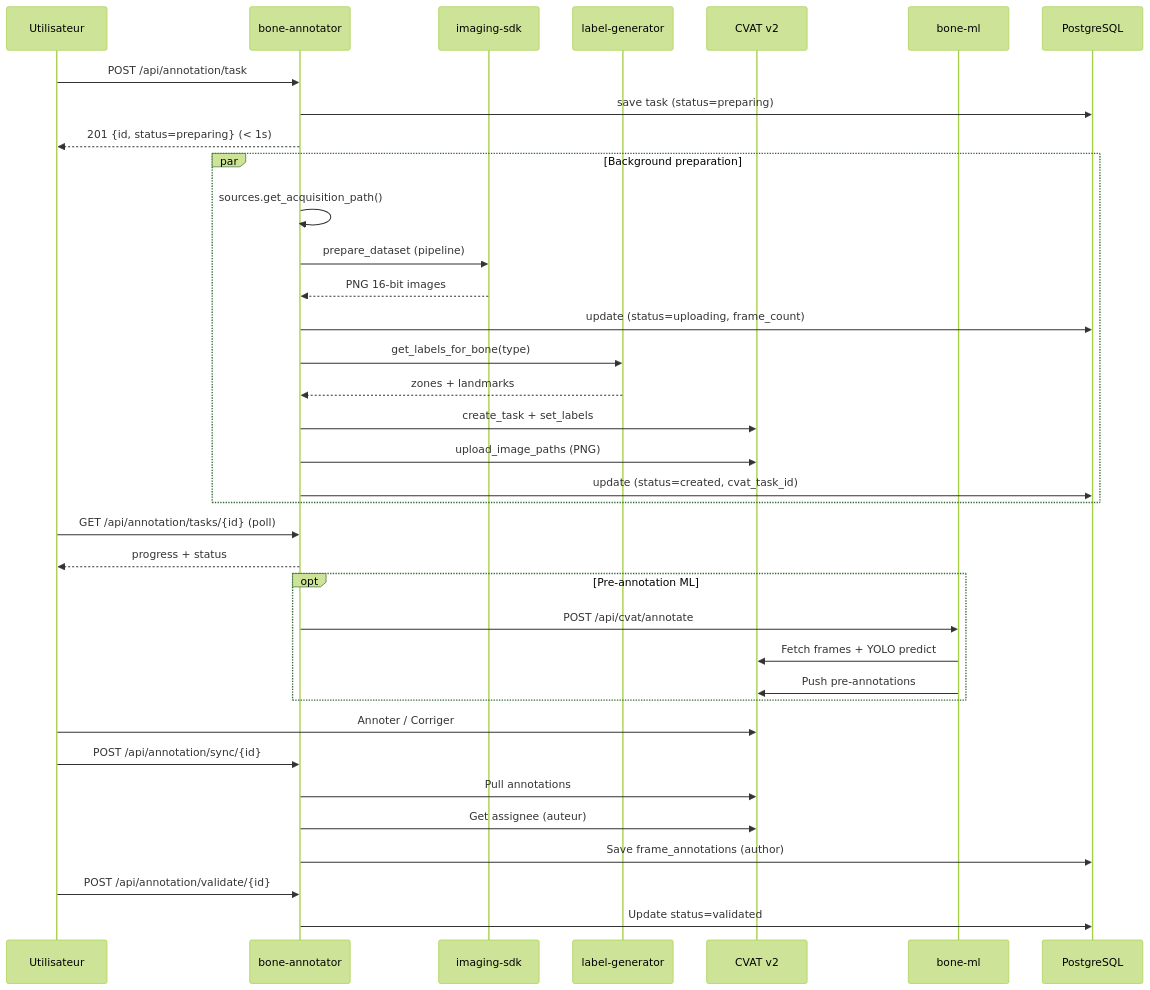
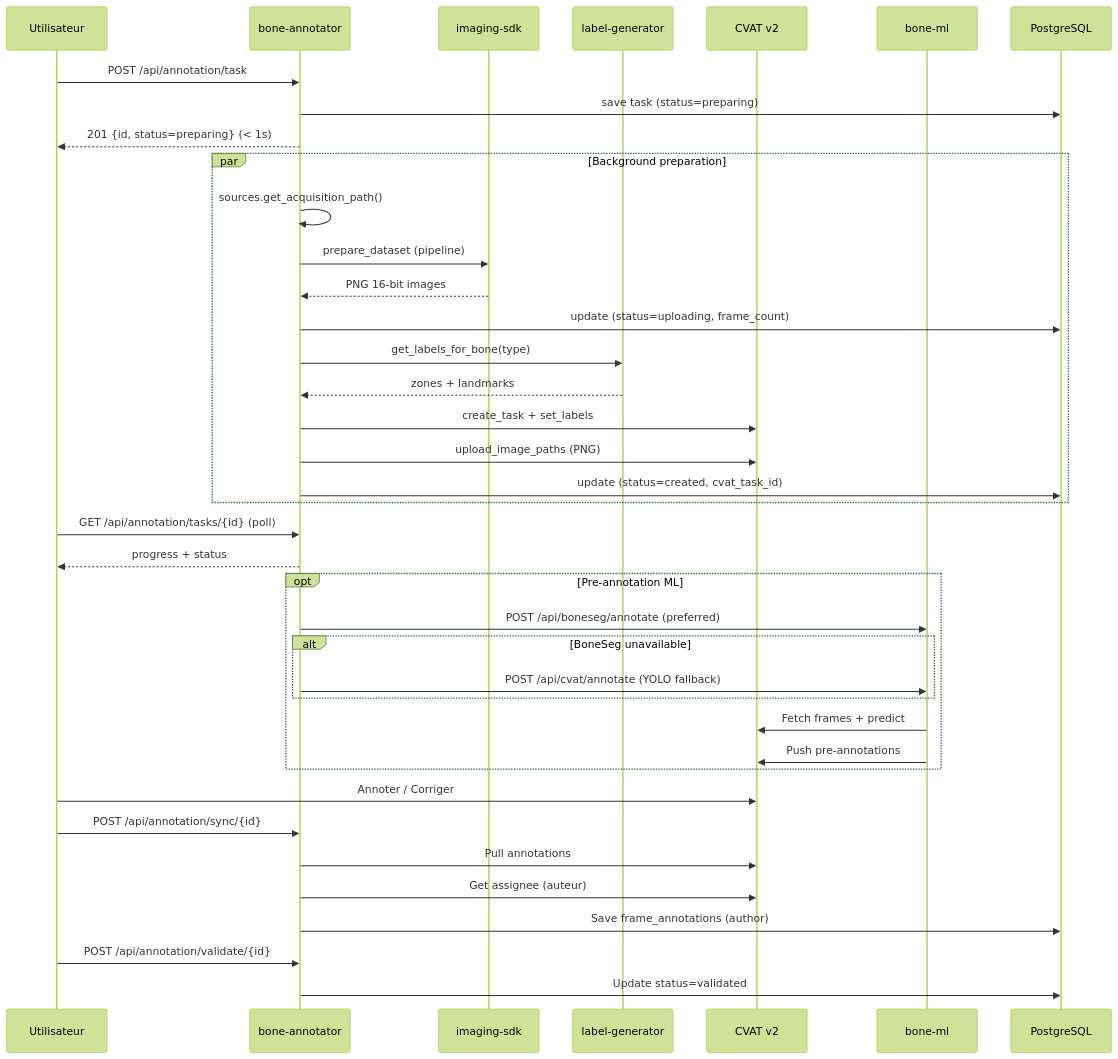
The second of 4 diagrams in DIAGRAM.md (VersoVet/bone-annotator), drawn with Mermaid (forest theme) before and after one commit. The commit also changed other lines of this file and 60 other files, not shown here.

````diff
--- a/DIAGRAM.md
+++ b/DIAGRAM.md
@@ -64,45 +69,48 @@
 ```mermaid
 sequenceDiagram
     participant User as Utilisateur
     participant BA as bone-annotator
     participant SDK as imaging-sdk
     participant LG as label-generator
     participant CVAT as CVAT v2
     participant BML as bone-ml
     participant PG as PostgreSQL
 
     User->>BA: POST /api/annotation/task
     BA->>PG: save task (status=preparing)
     BA-->>User: 201 {id, status=preparing} (< 1s)
 
     par Background preparation
         BA->>BA: sources.get_acquisition_path()
         BA->>SDK: prepare_dataset (pipeline)
         SDK-->>BA: PNG 16-bit images
         BA->>PG: update (status=uploading, frame_count)
         BA->>LG: get_labels_for_bone(type)
         LG-->>BA: zones + landmarks
         BA->>CVAT: create_task + set_labels
         BA->>CVAT: upload_image_paths (PNG)
         BA->>PG: update (status=created, cvat_task_id)
     end
 
     User->>BA: GET /api/annotation/tasks/{id} (poll)
     BA-->>User: progress + status
 
     opt Pre-annotation ML
-        BA->>BML: POST /api/cvat/annotate
-        BML->>CVAT: Fetch frames + YOLO predict
+        BA->>BML: POST /api/boneseg/annotate (preferred)
+        alt BoneSeg unavailable
+            BA->>BML: POST /api/cvat/annotate (YOLO fallback)
+        end
+        BML->>CVAT: Fetch frames + predict
         BML->>CVAT: Push pre-annotations
     end
 
     User->>CVAT: Annoter / Corriger
 
     User->>BA: POST /api/annotation/sync/{id}
     BA->>CVAT: Pull annotations
     BA->>CVAT: Get assignee (auteur)
     BA->>PG: Save frame_annotations (author)
 
     User->>BA: POST /api/annotation/validate/{id}
     BA->>PG: Update status=validated
 ```
````
